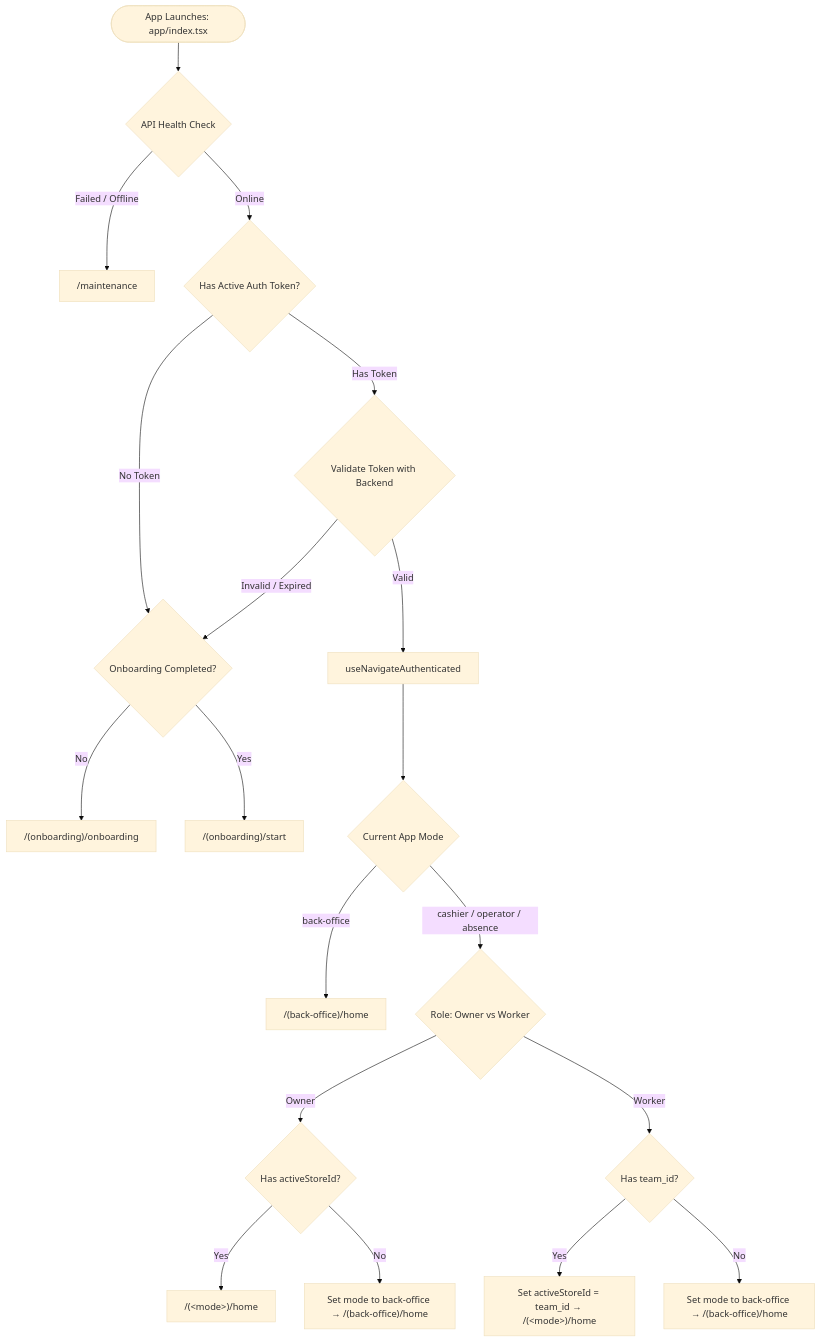
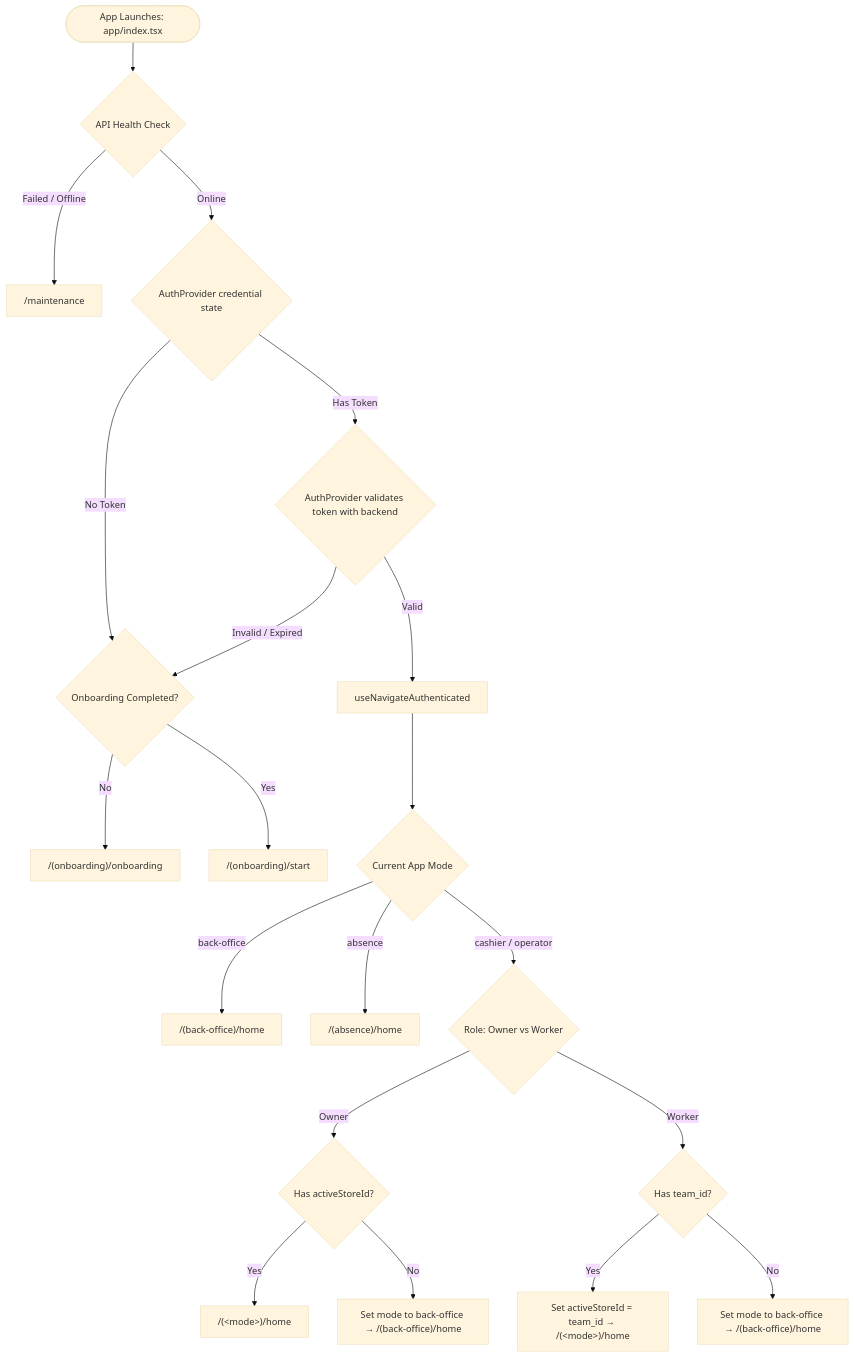
One commit to Wahyutri007/rapido changed the diagram in docs/README.md. Above: the diagram before and after it, drawn with Mermaid (base theme). The commit also changed other lines of this file and 3325 other files, not shown here.

````diff
--- a/docs/README.md
+++ b/docs/README.md
@@ -33,26 +33,27 @@
 ```mermaid
 flowchart TD
     Boot([App Launches: app/index.tsx]) --> HealthCheck{API Health Check}
     HealthCheck -- Failed / Offline --> Maintenance["/maintenance"]
-    HealthCheck -- Online --> AuthState{Has Active Auth Token?}
+    HealthCheck -- Online --> AuthState{AuthProvider credential state}
     
     AuthState -- No Token --> OnboardCheck{Onboarding Completed?}
     OnboardCheck -- No --> OnboardingSlide["/(onboarding)/onboarding"]
     OnboardCheck -- Yes --> StartScreen["/(onboarding)/start"]
     
-    AuthState -- Has Token --> Revalidate{Validate Token with Backend}
+    AuthState -- Has Token --> Revalidate{AuthProvider validates token with backend}
     Revalidate -- Invalid / Expired --> OnboardCheck
     Revalidate -- Valid --> NavAuth[useNavigateAuthenticated]
     
     NavAuth --> ModeCheck{Current App Mode}
     ModeCheck -- back-office --> BOHome["/(back-office)/home"]
-    ModeCheck -- cashier / operator / absence --> RoleCheck{Role: Owner vs Worker}
+    ModeCheck -- absence --> AbsenceHome["/(absence)/home"]
+    ModeCheck -- cashier / operator --> RoleCheck{Role: Owner vs Worker}
     
     RoleCheck -- Owner --> StorePicked{Has activeStoreId?}
     StorePicked -- Yes --> ModeTarget["/(&lt;mode&gt;)/home"]
     StorePicked -- No --> FallbackBO1["Set mode to back-office &rarr; /(back-office)/home"]
     
     RoleCheck -- Worker --> HasTeam{Has team_id?}
     HasTeam -- Yes --> SetStore["Set activeStoreId = team_id &rarr; /(&lt;mode&gt;)/home"]
     HasTeam -- No --> FallbackBO2["Set mode to back-office &rarr; /(back-office)/home"]
 ```
````
